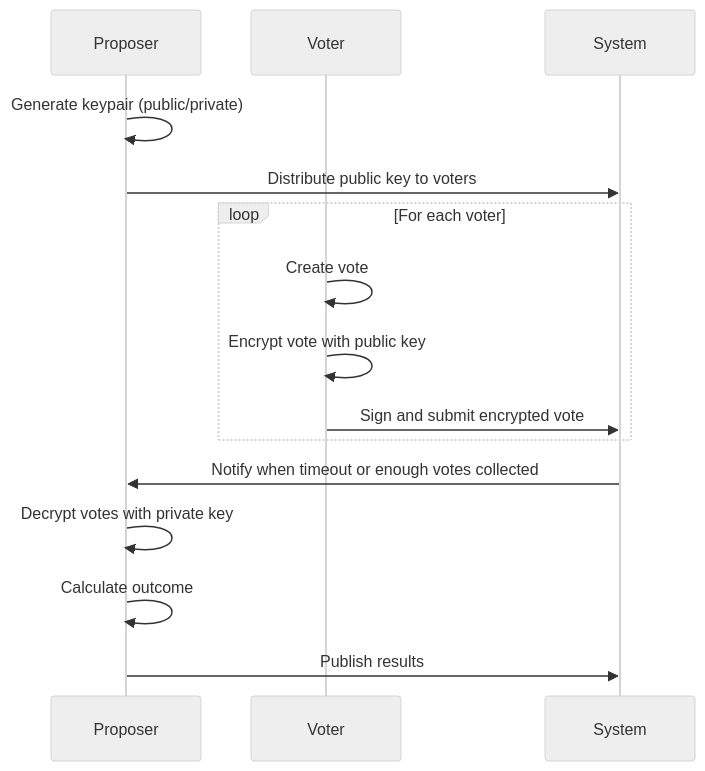
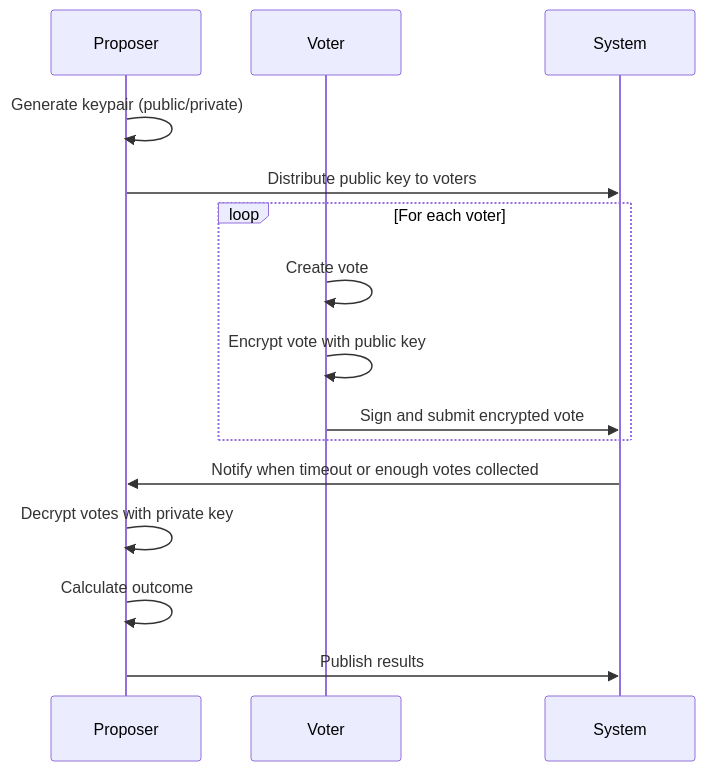
Before and after one commit to falcucci/harvest-moon: the diagram in README.md, drawn with Mermaid.

Commit message:
docs: refactor file initialization across codebase
- remove unnecessary mermaid theme initialization from readme.md

````diff
--- a/README.md
+++ b/README.md
@@ -29,20 +29,19 @@
 ```mermaid
-%%{init: {'theme': 'neutral' } }%%
 
 sequenceDiagram
     participant A as Proposer
     participant V as Voter
     participant S as System
 
     A->>A: Generate keypair (public/private)
     A->>S: Distribute public key to voters
     loop For each voter
         V->>V: Create vote
         V->>V: Encrypt vote with public key
         V->>S: Sign and submit encrypted vote
     end
     S->>A: Notify when timeout or enough votes collected
     A->>A: Decrypt votes with private key
     A->>A: Calculate outcome
     A->>S: Publish results
 ```
````
